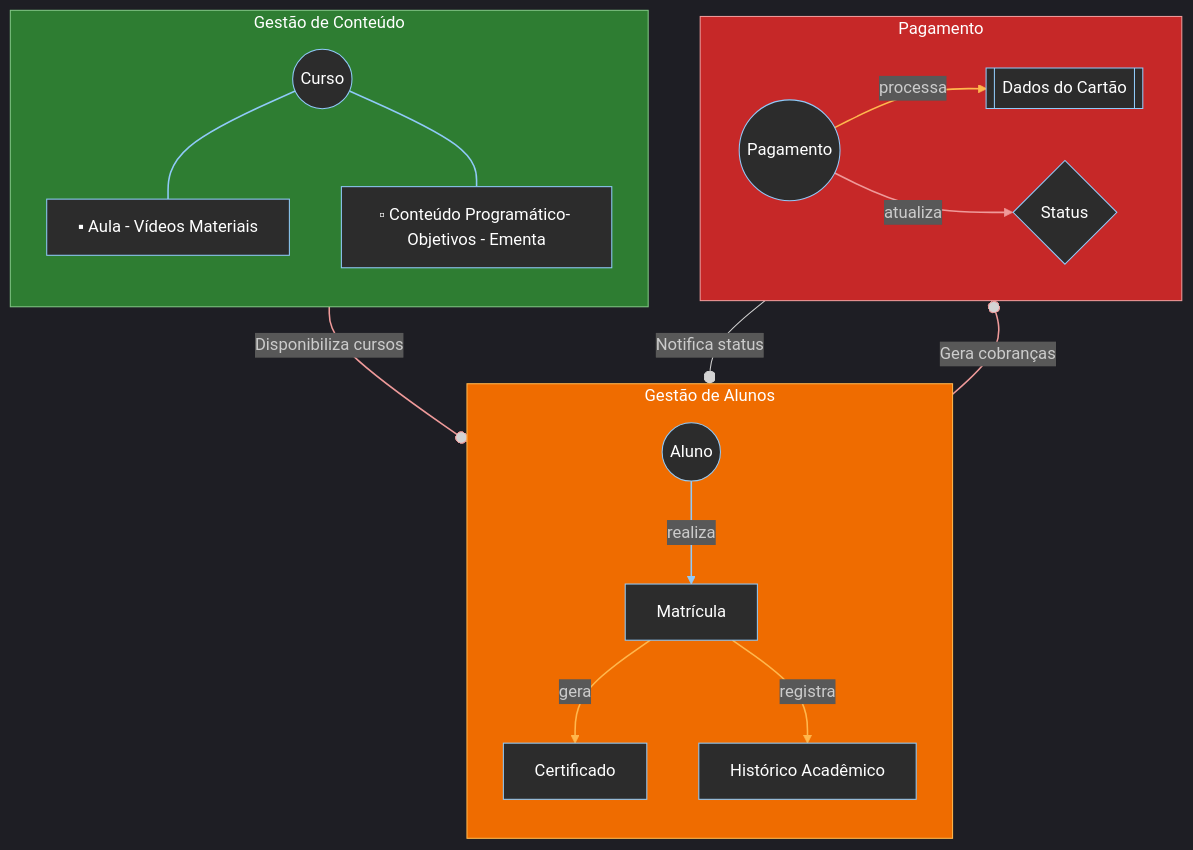
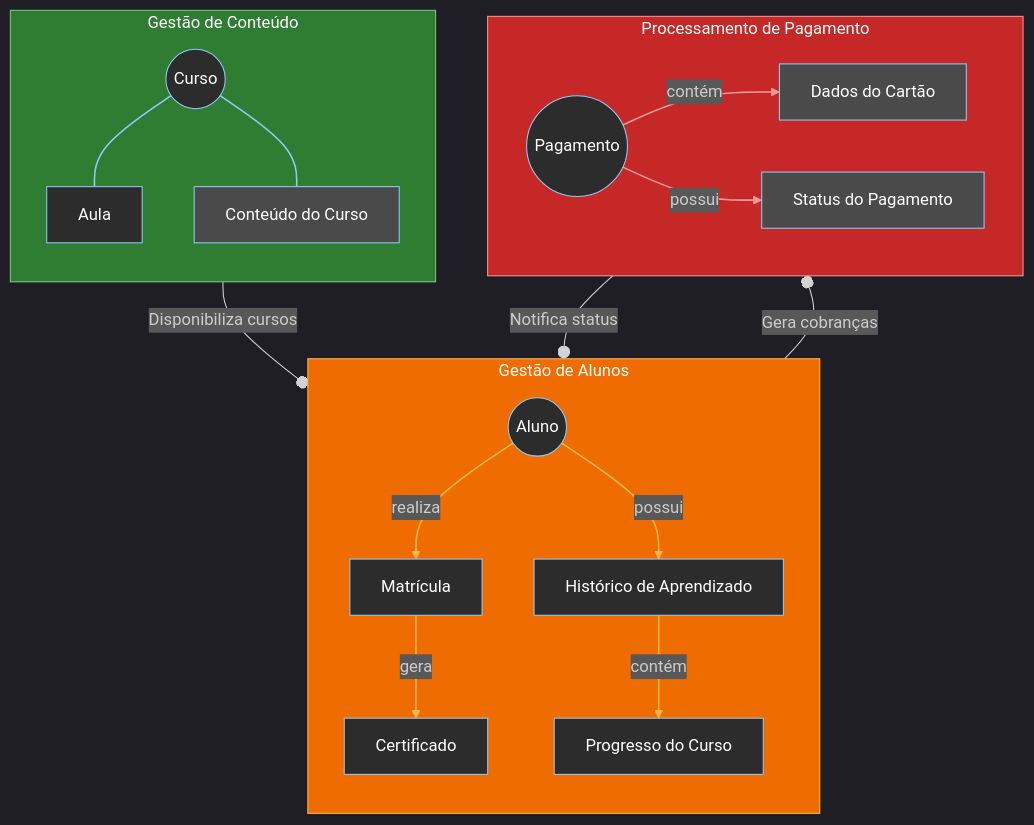
One commit to jasonamaral/mba.modulo3 changed the diagram in README.MD. Above: the diagram before and after it, drawn with Mermaid. The commit also changed other lines of this file, not shown here.

Commit message:
Ajuste no Readme

````diff
--- a/README.MD
+++ b/README.MD
@@ -40,54 +40,57 @@
 ```mermaid
 %%{init: {'theme': 'dark'}}%%
 graph TD
     %% Configurações globais
     classDef title fill:#1a237e,color:#ffffff,stroke:none,font-size:20px
     classDef bc fill:#1e1e1e,stroke:#aaa,stroke-width:1.5px,color:#90caf9
     classDef entity fill:#2c2c2c,stroke:#90caf9,stroke-width:1px,color:#ffffff
+    classDef valueobject fill:#4a4a4a,stroke:#90caf9,stroke-width:1px,color:#ffffff
     classDef relationship fill:#333,stroke:#888,stroke-dasharray:5
 
     %% Bounded Contexts
     subgraph BC1["Gestão de Conteúdo"]
         direction TB
         style BC1 fill:#2e7d32,stroke:#81c784,color:#ffffff
         C1(("Curso")):::entity
-        A1["▪ Aula - Vídeos Materiais"]:::entity
-        CP["▫ Conteúdo Programático- Objetivos - Ementa"]:::entity
+        A1["Aula"]:::entity
+        CC1["Conteúdo do Curso"]:::valueobject
         C1 --- A1
-        C1 --- CP
+        C1 --- CC1
     end
 
     subgraph BC2["Gestão de Alunos"]
         direction TB
         style BC2 fill:#ef6c00,stroke:#ffb74d,color:#ffffff
         AL(("Aluno")):::entity
         MT[Matrícula]:::entity
         CT[Certificado]:::entity
-        HA[Histórico Acadêmico]:::entity
+        HA[Histórico de Aprendizado]:::entity
+        PA[Progresso do Curso]:::entity
         AL -->|realiza| MT
         MT -->|gera| CT
-        MT -->|registra| HA
+        AL -->|possui| HA
+        HA -->|contém| PA
     end
 
-    subgraph BC3["Pagamento"]
+    subgraph BC3["Processamento de Pagamento"]
         direction LR
         style BC3 fill:#c62828,stroke:#ef9a9a,color:#ffffff
         PG(("Pagamento")):::entity
-        DC[[Dados do Cartão]]:::entity
-        SP{Status}:::entity
-        PG -->|processa| DC
-        PG -->|atualiza| SP
+        DC["Dados do Cartão"]:::valueobject
+        SP["Status do Pagamento"]:::valueobject
+        PG -->|contém| DC
+        PG -->|possui| SP
     end
 
     %% Relacionamentos entre BCs
     BC1 --o|"Disponibiliza cursos"| BC2
     BC2 --o|"Gera cobranças"| BC3
     BC3 --o|"Notifica status"| BC2
 
     %% Elementos auxiliares
     class T title
-    linkStyle 0,1,2 stroke:#90caf9,stroke-width:1.5px
-    linkStyle 3,4,5 stroke:#ffb74d,stroke-width:1.5px
-    linkStyle 6,7,8 stroke:#ef9a9a,stroke-width:1.5px
+    linkStyle 0,1 stroke:#90caf9,stroke-width:1.5px
+    linkStyle 2,3,4,5 stroke:#ffb74d,stroke-width:1.5px
+    linkStyle 6,7 stroke:#ef9a9a,stroke-width:1.5px
 
 ```
````
